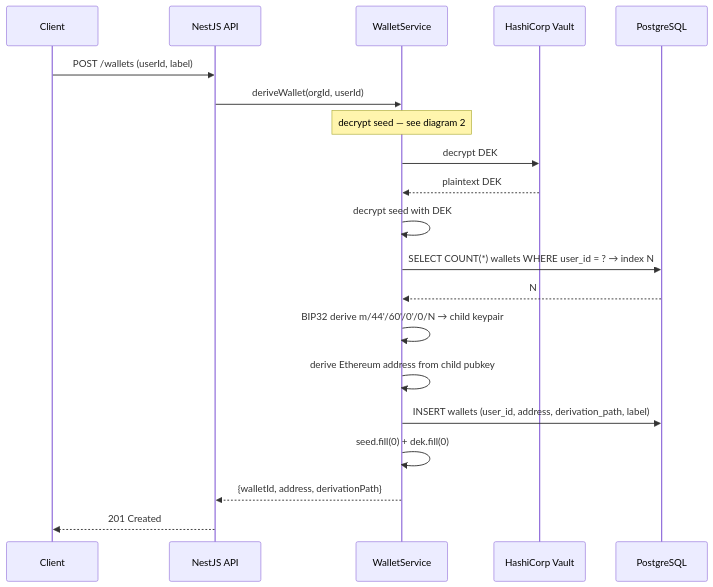
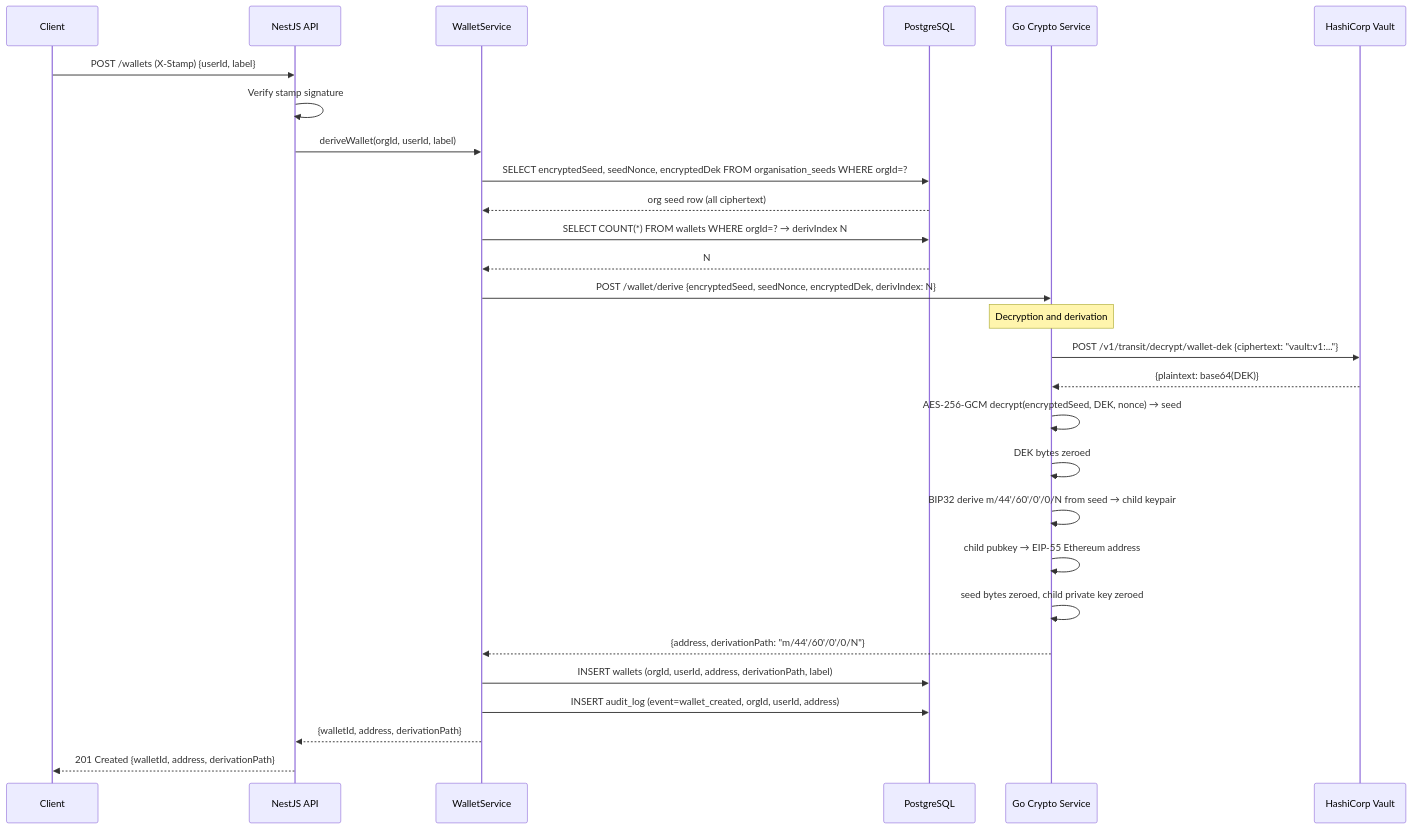
One commit to sg-milad/BrokeTurnkey changed the third of 5 diagrams in docs/SEQUENCE_DIAGRAMS.md. Above: the diagram before and after it, drawn with Mermaid. The commit also changed other lines of this file and 6 other files, not shown here.

````diff
--- a/docs/SEQUENCE_DIAGRAMS.md
+++ b/docs/SEQUENCE_DIAGRAMS.md
@@ -58,28 +88,38 @@
 ```mermaid
 sequenceDiagram
     participant C as Client
     participant API as NestJS API
     participant WS as WalletService
+    participant DB as PostgreSQL
+    participant GO as Go Crypto Service
     participant V as HashiCorp Vault
-    participant DB as PostgreSQL
 
-    C->>API: POST /wallets (userId, label)
-    API->>WS: deriveWallet(orgId, userId)
+    C->>API: POST /wallets (X-Stamp) {userId, label}
+    API->>API: Verify stamp signature
+    API->>WS: deriveWallet(orgId, userId, label)
 
-    note over WS: decrypt seed — see diagram 2
-    WS->>V: decrypt DEK
-    V-->>WS: plaintext DEK
-    WS->>WS: decrypt seed with DEK
+    WS->>DB: SELECT encryptedSeed, seedNonce, encryptedDek FROM organisation_seeds WHERE orgId=?
+    DB-->>WS: org seed row (all ciphertext)
 
-    WS->>DB: SELECT COUNT(*) wallets WHERE user_id = ? → index N
+    WS->>DB: SELECT COUNT(*) FROM wallets WHERE orgId=? → derivIndex N
     DB-->>WS: N
 
-    WS->>WS: BIP32 derive m/44'/60'/0'/0/N → child keypair
-    WS->>WS: derive Ethereum address from child pubkey
+    WS->>GO: POST /wallet/derive {encryptedSeed, seedNonce, encryptedDek, derivIndex: N}
 
-    WS->>DB: INSERT wallets (user_id, address, derivation_path, label)
-    WS->>WS: seed.fill(0) + dek.fill(0)
+    note over GO: Decryption and derivation
+    GO->>V: POST /v1/transit/decrypt/wallet-dek {ciphertext: "vault:v1:..."}
+    V-->>GO: {plaintext: base64(DEK)}
+    GO->>GO: AES-256-GCM decrypt(encryptedSeed, DEK, nonce) → seed
+    GO->>GO: DEK bytes zeroed
+    GO->>GO: BIP32 derive m/44'/60'/0'/0/N from seed → child keypair
+    GO->>GO: child pubkey → EIP-55 Ethereum address
+    GO->>GO: seed bytes zeroed, child private key zeroed
+
+    GO-->>WS: {address, derivationPath: "m/44'/60'/0'/0/N"}
+
+    WS->>DB: INSERT wallets (orgId, userId, address, derivationPath, label)
+    WS->>DB: INSERT audit_log (event=wallet_created, orgId, userId, address)
 
     WS-->>API: {walletId, address, derivationPath}
-    API-->>C: 201 Created
+    API-->>C: 201 Created {walletId, address, derivationPath}
 ```
````
